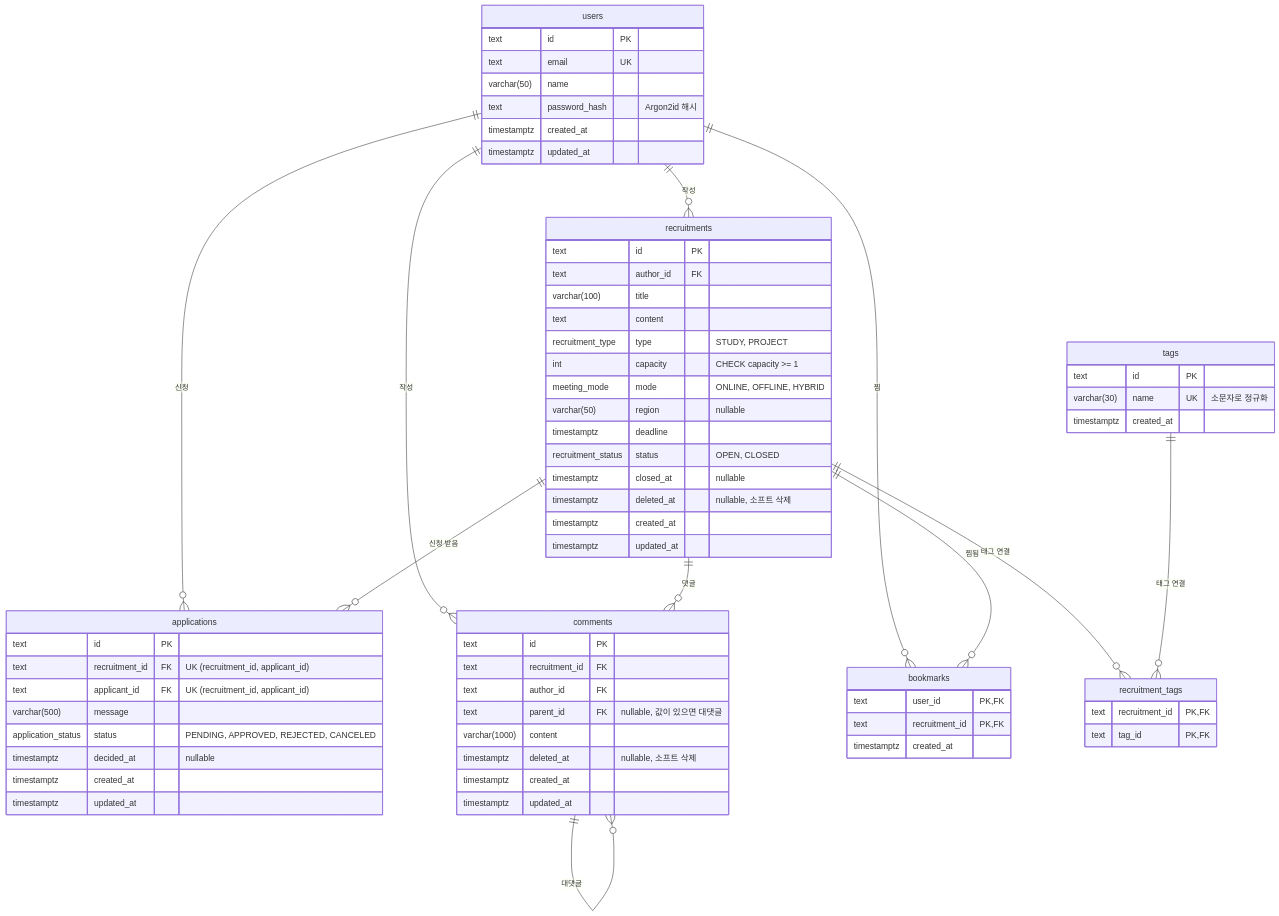
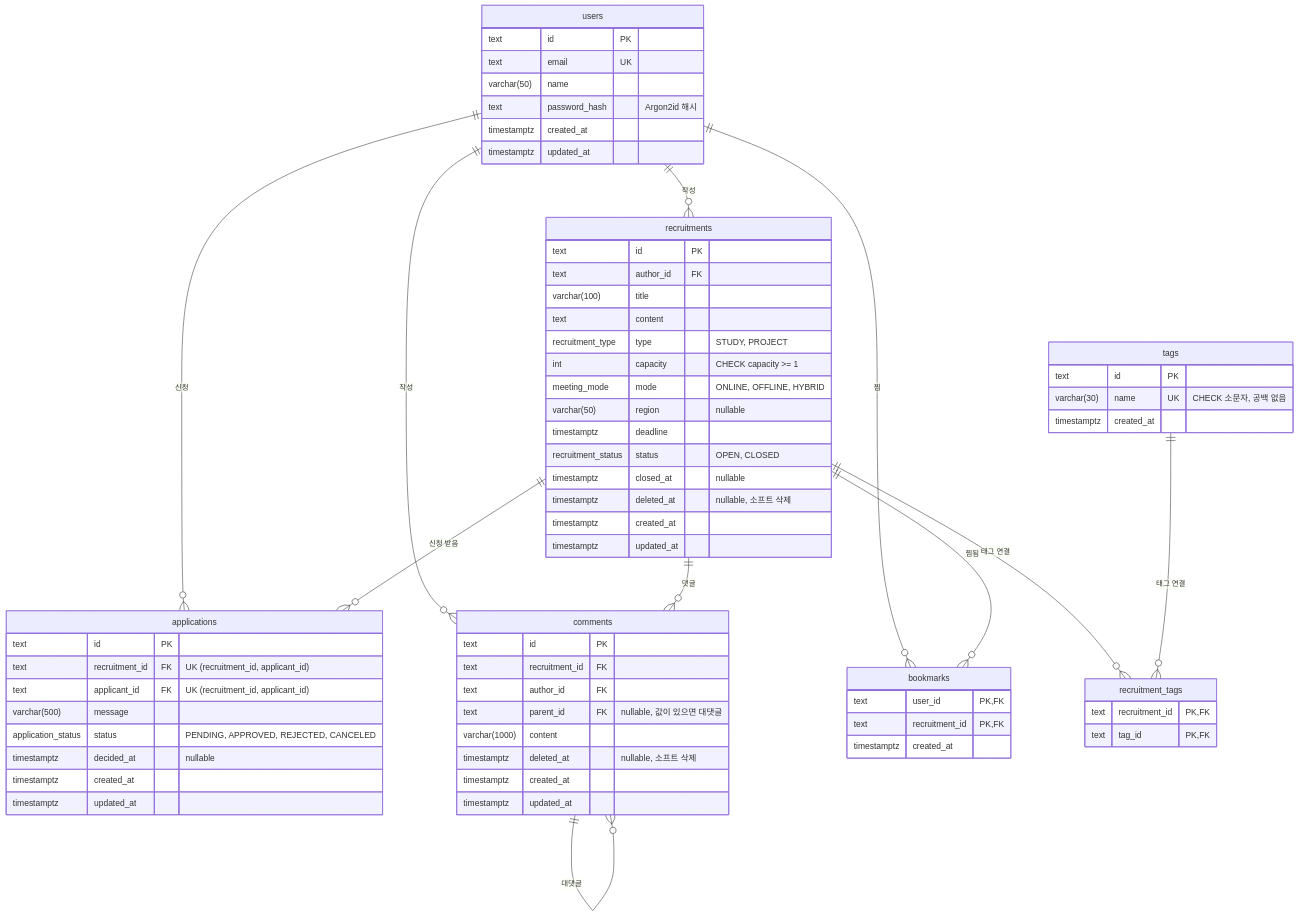
The diagram in docs/erd.md (krkoknj/study-project), drawn with Mermaid before and after one commit. The commit also changed other lines of this file and 20 other files, not shown here.

````diff
--- a/docs/erd.md
+++ b/docs/erd.md
@@ -6,78 +6,78 @@
 ```mermaid
 erDiagram
     users ||--o{ recruitments : "작성"
     users ||--o{ applications : "신청"
     users ||--o{ comments : "작성"
     users ||--o{ bookmarks : "찜"
     recruitments ||--o{ applications : "신청 받음"
     recruitments ||--o{ comments : "댓글"
     recruitments ||--o{ bookmarks : "찜됨"
     recruitments ||--o{ recruitment_tags : "태그 연결"
     tags ||--o{ recruitment_tags : "태그 연결"
     comments ||--o{ comments : "대댓글"
 
     users {
         text id PK
         text email UK
         varchar(50) name
         text password_hash "Argon2id 해시"
         timestamptz created_at
         timestamptz updated_at
     }
 
     recruitments {
         text id PK
         text author_id FK
         varchar(100) title
         text content
         recruitment_type type "STUDY, PROJECT"
         int capacity "CHECK capacity >= 1"
         meeting_mode mode "ONLINE, OFFLINE, HYBRID"
         varchar(50) region "nullable"
         timestamptz deadline
         recruitment_status status "OPEN, CLOSED"
         timestamptz closed_at "nullable"
         timestamptz deleted_at "nullable, 소프트 삭제"
         timestamptz created_at
         timestamptz updated_at
     }
 
     tags {
         text id PK
-        varchar(30) name UK "소문자로 정규화"
+        varchar(30) name UK "CHECK 소문자, 공백 없음"
         timestamptz created_at
     }
 
     recruitment_tags {
         text recruitment_id PK, FK
         text tag_id PK, FK
     }
 
     applications {
         text id PK
         text recruitment_id FK "UK (recruitment_id, applicant_id)"
         text applicant_id FK "UK (recruitment_id, applicant_id)"
         varchar(500) message
         application_status status "PENDING, APPROVED, REJECTED, CANCELED"
         timestamptz decided_at "nullable"
         timestamptz created_at
         timestamptz updated_at
     }
 
     comments {
         text id PK
         text recruitment_id FK
         text author_id FK
         text parent_id FK "nullable, 값이 있으면 대댓글"
         varchar(1000) content
         timestamptz deleted_at "nullable, 소프트 삭제"
         timestamptz created_at
         timestamptz updated_at
     }
 
     bookmarks {
         text user_id PK, FK
         text recruitment_id PK, FK
         timestamptz created_at
     }
 ```
````
